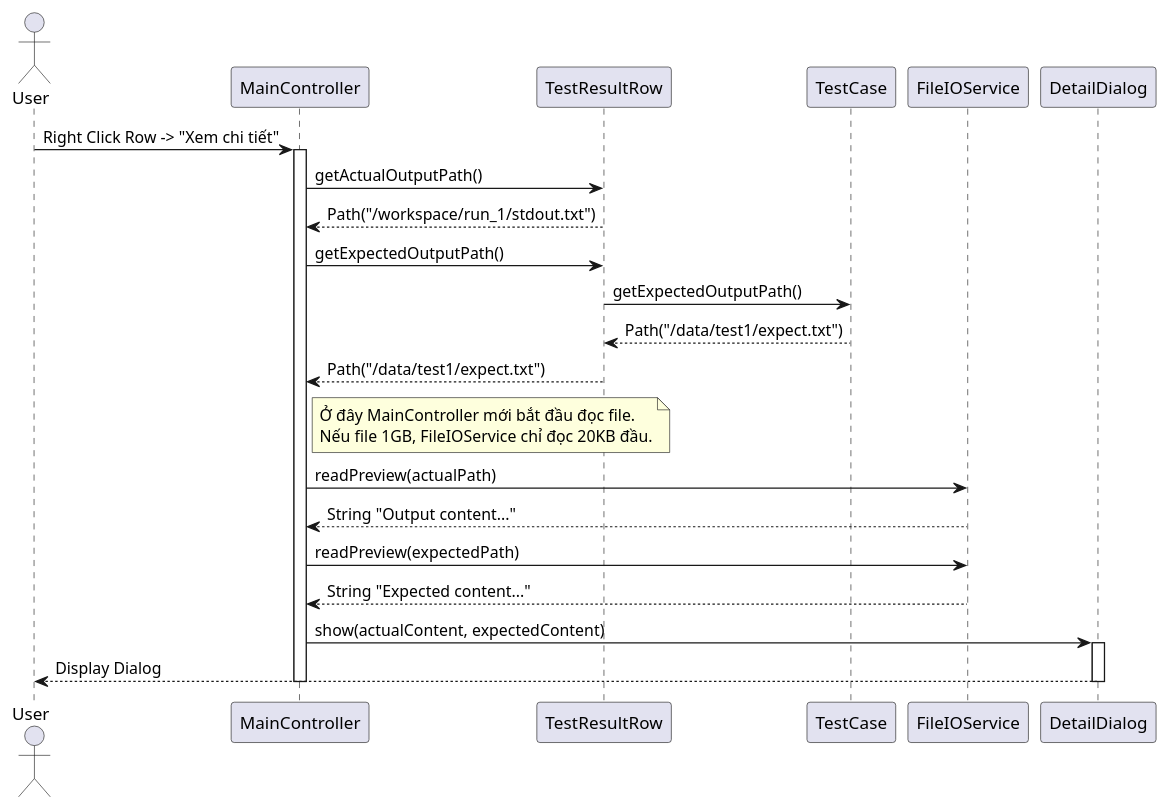
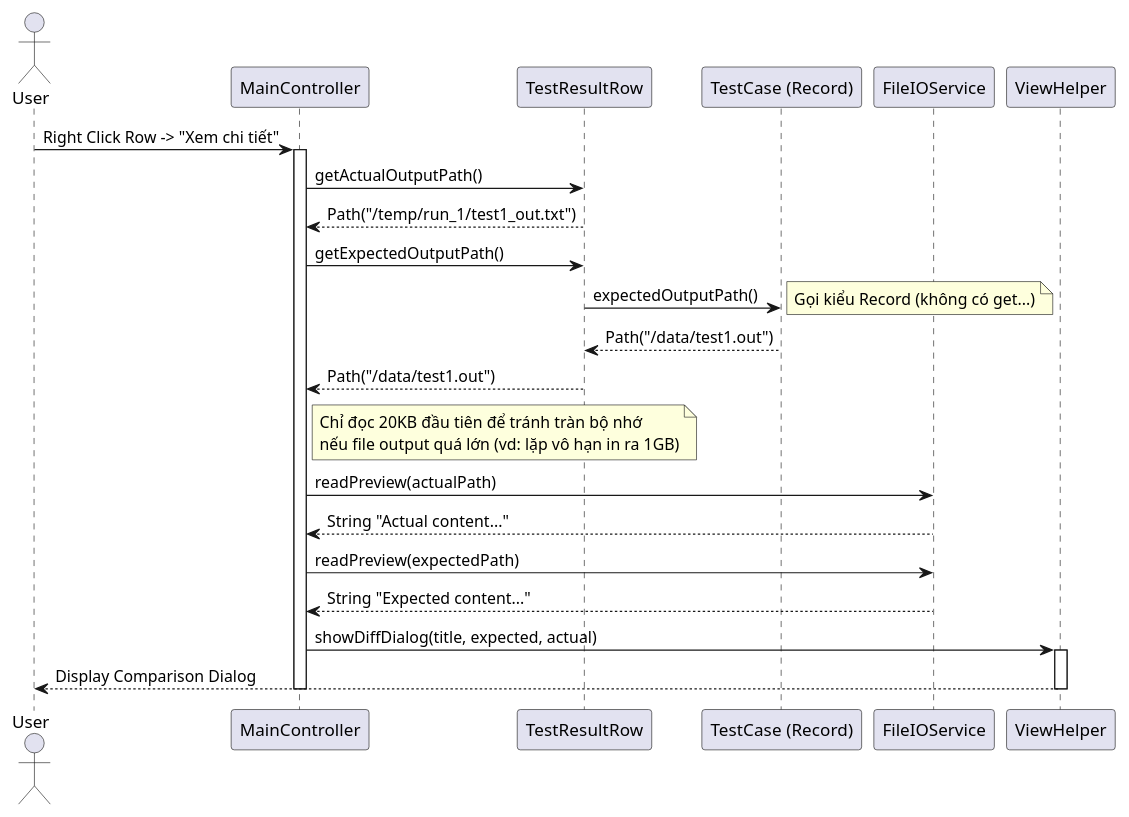
Before and after one commit to huycitEIU/CodeBench: the diagram in plantUML/SeqLazyLoading.puml, drawn with PlantUML. The commit also changed 19 other files, not shown here.

Commit message:
Thêm splash screen, tinh chỉnh UI. thêm shortcut. Sửa lỗi không không hiển thị chính xác ouput thực tế của testcase được nhập tay.

```diff
--- a/plantUML/SeqLazyLoading.puml
+++ b/plantUML/SeqLazyLoading.puml
@@ -1,38 +1,42 @@
-@startuml Lazy_Loading_Detail
+@startuml Lazy_Loading_Detail_V2
 
 actor User
 participant "MainController" as CTRL
 participant "TestResultRow" as ROW
-participant "TestCase" as TC
+participant "TestCase (Record)" as TC
 participant "FileIOService" as IO
-participant "DetailDialog" as UI
+participant "ViewHelper" as VIEW
 
 User -> CTRL : Right Click Row -> "Xem chi tiết"
 activate CTRL
 
+' 1. Lấy đường dẫn file
 CTRL -> ROW : getActualOutputPath()
-ROW --> CTRL : Path("/workspace/run_1/stdout.txt")
+ROW --> CTRL : Path("/temp/run_1/test1_out.txt")
 
 CTRL -> ROW : getExpectedOutputPath()
-ROW -> TC : getExpectedOutputPath()
-TC --> ROW : Path("/data/test1/expect.txt")
-ROW --> CTRL : Path("/data/test1/expect.txt")
+ROW -> TC : expectedOutputPath()
+note right: Gọi kiểu Record (không có get...)
+TC --> ROW : Path("/data/test1.out")
+ROW --> CTRL : Path("/data/test1.out")
 
+' 2. Đọc nội dung (Lazy Loading)
 note right of CTRL
-  Ở đây MainController mới bắt đầu đọc file.
-  Nếu file 1GB, FileIOService chỉ đọc 20KB đầu.
+  Chỉ đọc 20KB đầu tiên để tránh tràn bộ nhớ
+  nếu file output quá lớn (vd: lặp vô hạn in ra 1GB)
 end note
 
 CTRL -> IO : readPreview(actualPath)
-IO --> CTRL : String "Output content..."
+IO --> CTRL : String "Actual content..."
 
 CTRL -> IO : readPreview(expectedPath)
 IO --> CTRL : String "Expected content..."
 
-CTRL -> UI : show(actualContent, expectedContent)
-activate UI
-UI --> User : Display Dialog
-deactivate UI
+' 3. Hiển thị Dialog qua Helper
+CTRL -> VIEW : showDiffDialog(title, expected, actual)
+activate VIEW
+VIEW --> User : Display Comparison Dialog
+deactivate VIEW
 
 deactivate CTRL
 @enduml
```
